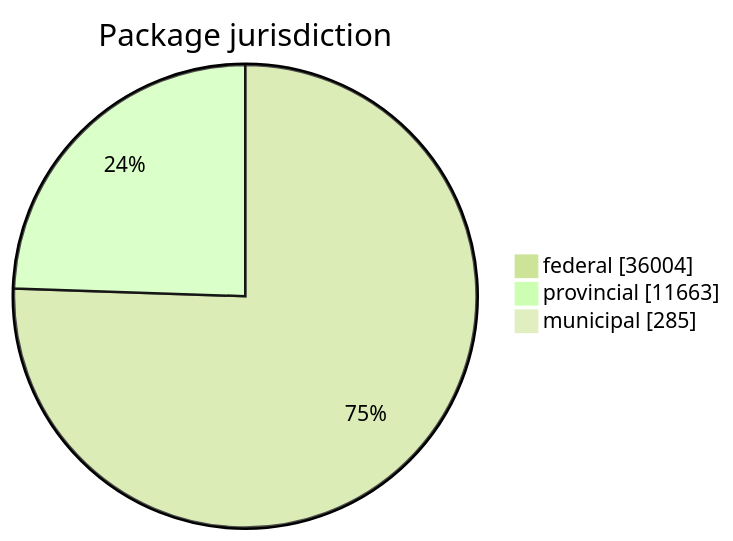
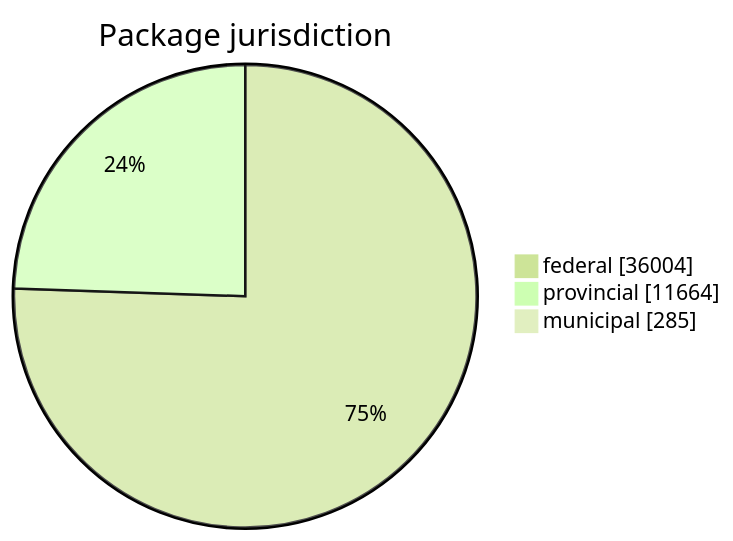
Before and after one commit to open-data/analytics-corporate-reporting: the first of 5 diagrams in FreshCheck/README.md, drawn with Mermaid (forest theme). The commit also changed other lines of this file and 3 other files, not shown here.

````diff
--- a/FreshCheck/README.md
+++ b/FreshCheck/README.md
@@ -60,6 +60,6 @@
 ```mermaid
 pie showData title Package jurisdiction
     "federal": 36004
-    "provincial": 11663
+    "provincial": 11664
     "municipal": 285
 ```
````
